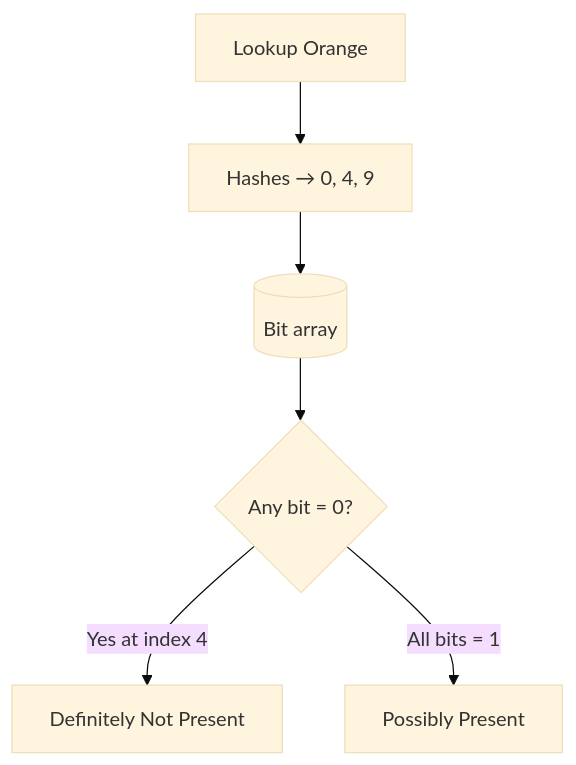
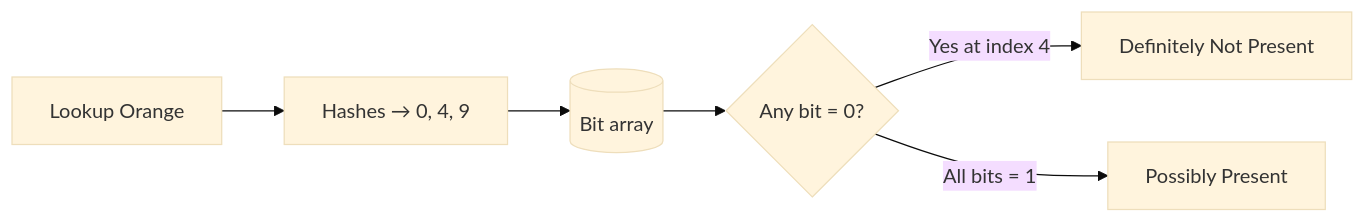
The second of 18 diagrams in 13-advanced-topics/README.md (hareramcse/SystemDesign), drawn with Mermaid (base theme) before and after one commit.

````diff
--- a/13-advanced-topics/README.md
+++ b/13-advanced-topics/README.md
@@ -125,8 +125,8 @@
 ```mermaid
-flowchart TB
+flowchart LR
     Orange[Lookup Orange] --> H[Hashes → 0, 4, 9]
     H --> BA[(Bit array)]
     BA --> Zero{Any bit = 0?}
     Zero -->|Yes at index 4| No[Definitely Not Present]
     Zero -->|All bits = 1| Maybe[Possibly Present]
 ```
````
